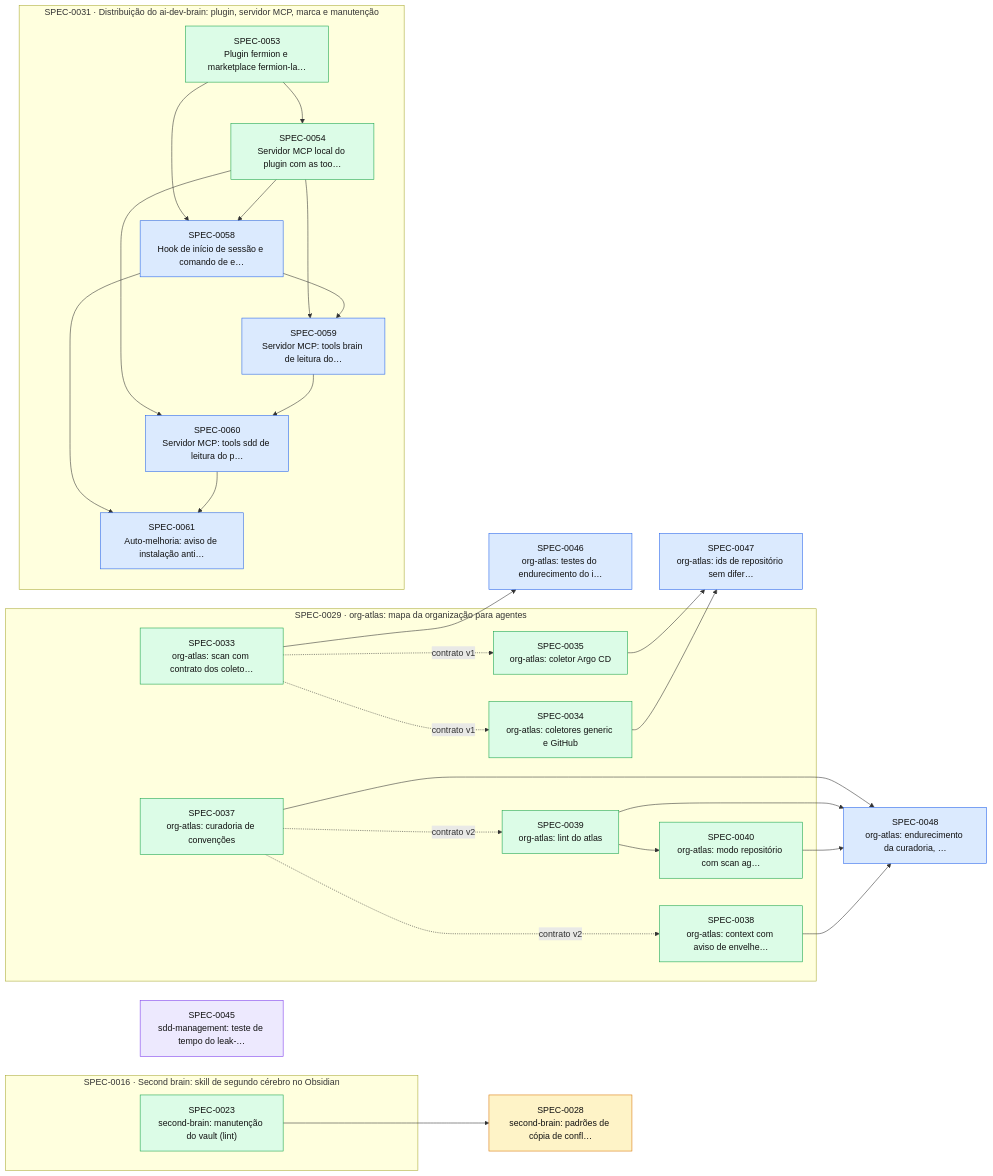
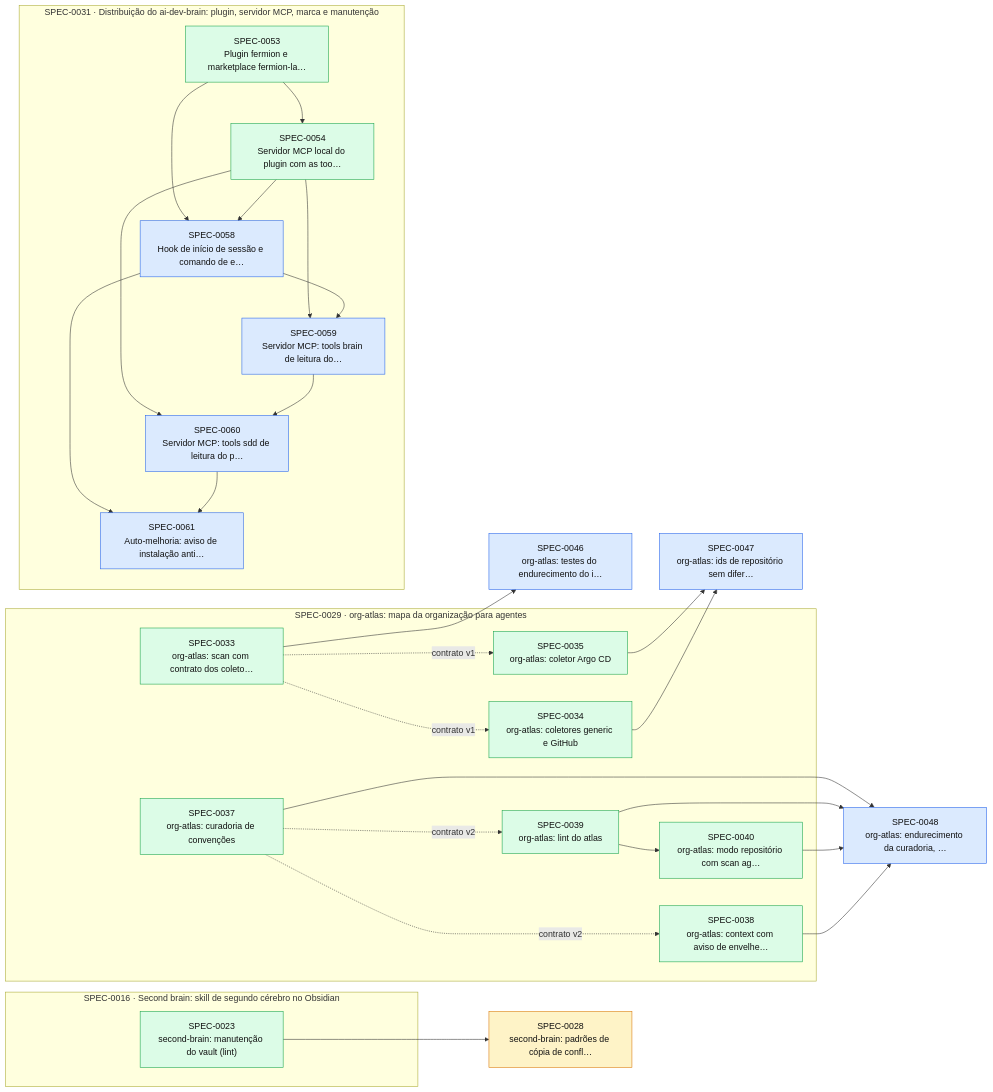
One commit to thomasravache/ai-dev-brain changed the diagram in docs/specs/INDEX.md. Above: the diagram before and after it, drawn with Mermaid. The commit also changed other lines of this file and 1 other file, not shown here.

First line of the commit message:
docs(specs): G7 e fechamento da SPEC-0045

````diff
--- a/docs/specs/INDEX.md
+++ b/docs/specs/INDEX.md
@@ -56,55 +55,54 @@
 ```mermaid
 flowchart LR
   S0028["SPEC-0028<br/>second-brain: padrões de cópia de confl…"]:::proposed
-  S0045["SPEC-0045<br/>sdd-management: teste de tempo do leak-…"]:::inprogress
   S0046["SPEC-0046<br/>org-atlas: testes do endurecimento do i…"]:::approved
   S0047["SPEC-0047<br/>org-atlas: ids de repositório sem difer…"]:::approved
   S0048["SPEC-0048<br/>org-atlas: endurecimento da curadoria, …"]:::approved
   subgraph E0016["SPEC-0016 · Second brain: skill de segundo cérebro no Obsidian"]
     S0023["SPEC-0023<br/>second-brain: manutenção do vault (lint)"]:::implemented
   end
   subgraph E0029["SPEC-0029 · org-atlas: mapa da organização para agentes"]
     S0033["SPEC-0033<br/>org-atlas: scan com contrato dos coleto…"]:::implemented
     S0034["SPEC-0034<br/>org-atlas: coletores generic e GitHub"]:::implemented
     S0035["SPEC-0035<br/>org-atlas: coletor Argo CD"]:::implemented
     S0037["SPEC-0037<br/>org-atlas: curadoria de convenções"]:::implemented
     S0038["SPEC-0038<br/>org-atlas: context com aviso de envelhe…"]:::implemented
     S0039["SPEC-0039<br/>org-atlas: lint do atlas"]:::implemented
     S0040["SPEC-0040<br/>org-atlas: modo repositório com scan ag…"]:::implemented
   end
   subgraph E0031["SPEC-0031 · Distribuição do ai-dev-brain: plugin, servidor MCP, marca e manutenção"]
     S0053["SPEC-0053<br/>Plugin fermion e marketplace fermion-la…"]:::implemented
     S0054["SPEC-0054<br/>Servidor MCP local do plugin com as too…"]:::implemented
     S0058["SPEC-0058<br/>Hook de início de sessão e comando de e…"]:::approved
     S0059["SPEC-0059<br/>Servidor MCP: tools brain de leitura do…"]:::approved
     S0060["SPEC-0060<br/>Servidor MCP: tools sdd de leitura do p…"]:::approved
     S0061["SPEC-0061<br/>Auto-melhoria: aviso de instalação anti…"]:::approved
   end
   S0023 --> S0028
   S0033 -. contrato v1 .-> S0034
   S0033 -. contrato v1 .-> S0035
   S0037 -. contrato v2 .-> S0038
   S0037 -. contrato v2 .-> S0039
   S0039 --> S0040
   S0033 --> S0046
   S0034 --> S0047
   S0035 --> S0047
   S0037 --> S0048
   S0038 --> S0048
   S0039 --> S0048
   S0040 --> S0048
   S0053 --> S0054
   S0053 --> S0058
   S0054 --> S0058
   S0054 --> S0059
   S0058 --> S0059
   S0054 --> S0060
   S0059 --> S0060
   S0058 --> S0061
   S0060 --> S0061
   classDef proposed fill:#fef3c7,stroke:#d97706,color:#111
   classDef approved fill:#dbeafe,stroke:#2563eb,color:#111
   classDef inprogress fill:#ede9fe,stroke:#7c3aed,color:#111
   classDef implemented fill:#dcfce7,stroke:#16a34a,color:#111
   classDef deprecated fill:#f3f4f6,stroke:#9ca3af,color:#6b7280
 ```
````
